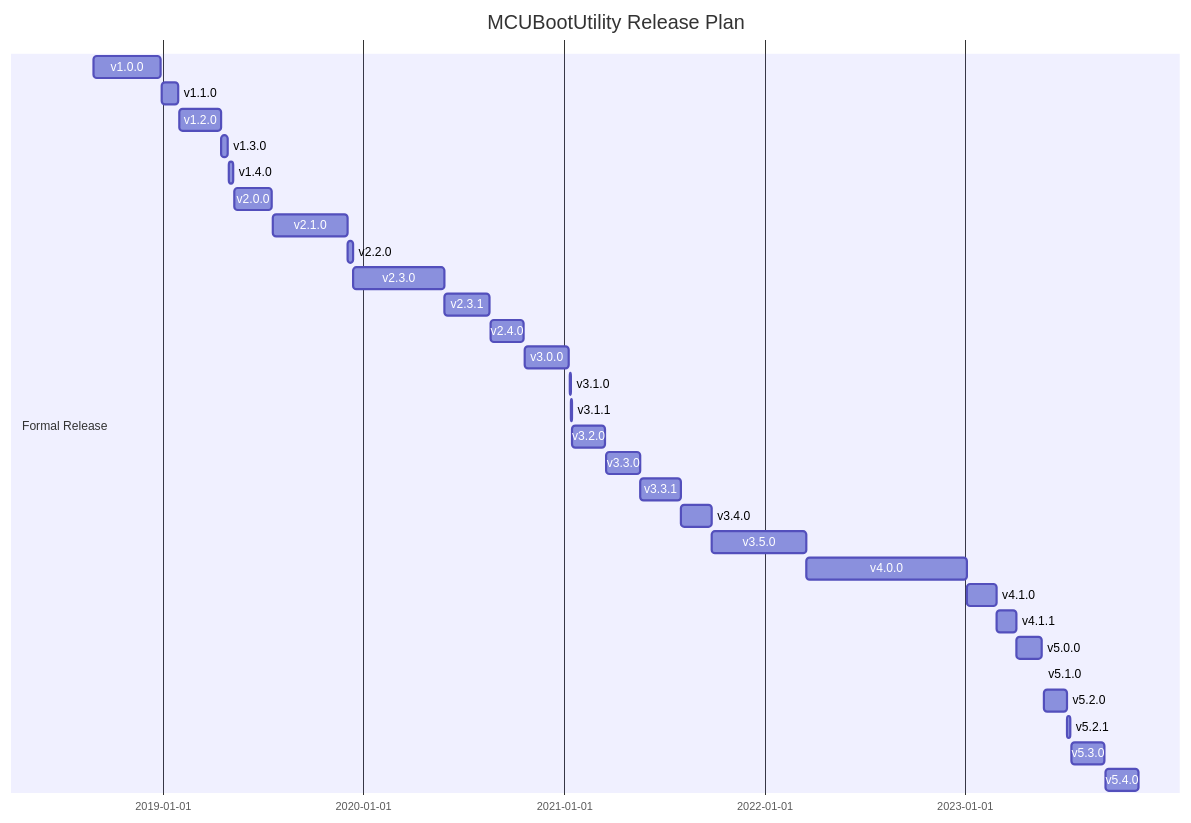
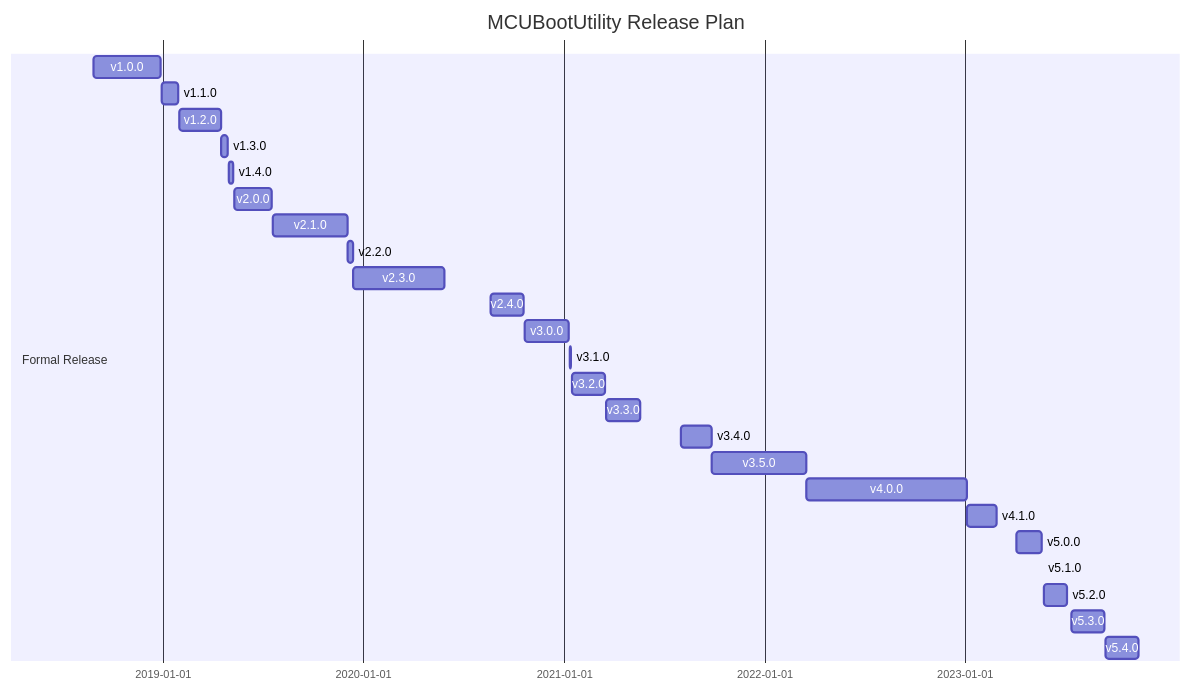
Before and after one commit to JayHeng/NXP-MCUBootUtility: the diagram in README-zh.md, drawn with Mermaid. The commit also changed other lines of this file and 17 other files, not shown here.

````diff
--- a/README-zh.md
+++ b/README-zh.md
@@ -1,34 +1,29 @@
 ``` mermaid
 gantt
     title MCUBootUtility Release Plan
     dateFormat  YYYY-MM-DD
     section Formal Release
     v1.0.0           :a1, 2018-08-27, 2018-12-28
     v1.1.0           :a2, 2018-12-29, 2019-01-29
     v1.2.0           :a3, 2019-01-30, 2019-04-16
     v1.3.0           :a4, 2019-04-17, 2019-04-29
     v1.4.0           :a5, 2019-04-30, 2019-05-09
     v2.0.0           :a6, 2019-05-10, 2019-07-19
     v2.1.0           :a7, 2019-07-20, 2019-12-03
     v2.2.0           :a8, 2019-12-04, 2019-12-13
     v2.3.0           :a9, 2019-12-14, 2020-05-28
-    v2.3.1           :a10, 2020-05-29, 2020-08-19
-    v2.4.0           :a11, 2020-08-20, 2020-10-20
-    v3.0.0           :a12, 2020-10-21, 2021-01-10
-    v3.1.0           :a13, 2021-01-11, 2021-01-13
-    v3.1.1           :a14, 2021-01-14, 2021-01-15
-    v3.2.0           :a15, 2021-01-16, 2021-03-17
-    v3.3.0           :a16, 2021-03-18, 2021-05-20
-    v3.3.1           :a17, 2021-05-21, 2021-08-03
-    v3.4.0           :a18, 2021-08-03, 2021-09-27
-    v3.5.0           :a19, 2021-09-28, 2022-03-19
-    v4.0.0           :a20, 2022-03-20, 2023-01-06
-    v4.1.0           :a21, 2023-01-07, 2023-03-02
-    v4.1.1           :a22, 2023-03-02, 2023-04-06
-    v5.0.0           :a23, 2023-04-07, 2023-05-23
-    v5.1.0           :a24, 2023-05-24, 2023-05-25
-    v5.2.0           :a25, 2023-05-26, 2023-07-07
-    v5.2.1           :a26, 2023-07-08, 2023-07-14
-    v5.3.0           :a27, 2023-07-15, 2023-09-14
-    v5.4.0           :a28, 2023-09-15, 2023-11-15
+    v2.4.0           :a10, 2020-08-20, 2020-10-20
+    v3.0.0           :a11, 2020-10-21, 2021-01-10
+    v3.1.0           :a12, 2021-01-11, 2021-01-13
+    v3.2.0           :a13, 2021-01-16, 2021-03-17
+    v3.3.0           :a14, 2021-03-18, 2021-05-20
+    v3.4.0           :a15, 2021-08-03, 2021-09-27
+    v3.5.0           :a16, 2021-09-28, 2022-03-19
+    v4.0.0           :a17, 2022-03-20, 2023-01-06
+    v4.1.0           :a18, 2023-01-07, 2023-03-02
+    v5.0.0           :a19, 2023-04-07, 2023-05-23
+    v5.1.0           :a20, 2023-05-24, 2023-05-25
+    v5.2.0           :a21, 2023-05-26, 2023-07-07
+    v5.3.0           :a22, 2023-07-15, 2023-09-14
+    v5.4.0           :a23, 2023-09-15, 2023-11-15
 ```
````
